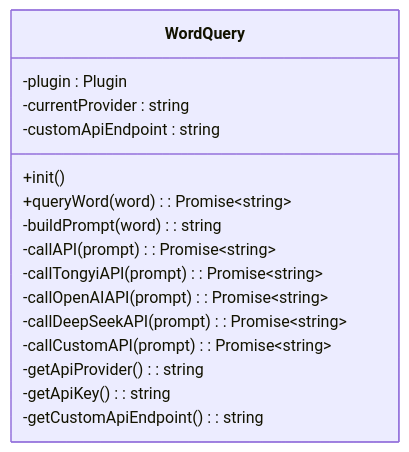
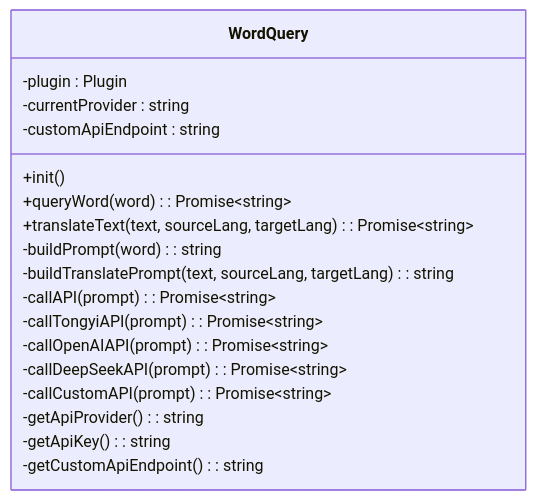
Before and after one commit to 851039536/siyuanPluginVueSN: the fourth of 6 diagrams in .qoder/repowiki/zh/content/功能模块详解/词典查询.md, drawn with Mermaid. The commit also changed other lines of this file and 9 other files, not shown here.

````diff
--- a/.qoder/repowiki/zh/content/功能模块详解/词典查询.md
+++ b/.qoder/repowiki/zh/content/功能模块详解/词典查询.md
@@ -190,19 +207,21 @@
 ```mermaid
 classDiagram
 class WordQuery {
 -plugin : Plugin
 -currentProvider : string
 -customApiEndpoint : string
 +init()
 +queryWord(word) : Promise~string~
++translateText(text, sourceLang, targetLang) : Promise~string~
 -buildPrompt(word) : string
+-buildTranslatePrompt(text, sourceLang, targetLang) : string
 -callAPI(prompt) : Promise~string~
 -callTongyiAPI(prompt) : Promise~string~
 -callOpenAIAPI(prompt) : Promise~string~
 -callDeepSeekAPI(prompt) : Promise~string~
 -callCustomAPI(prompt) : Promise~string~
 -getApiProvider() : string
 -getApiKey() : string
 -getCustomApiEndpoint() : string
 }
 ```
````
